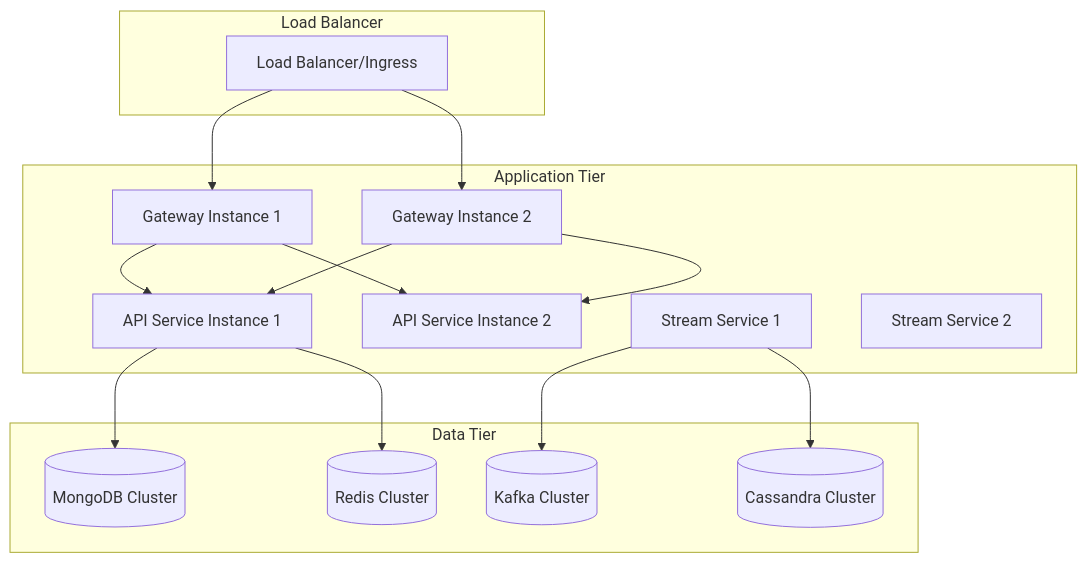
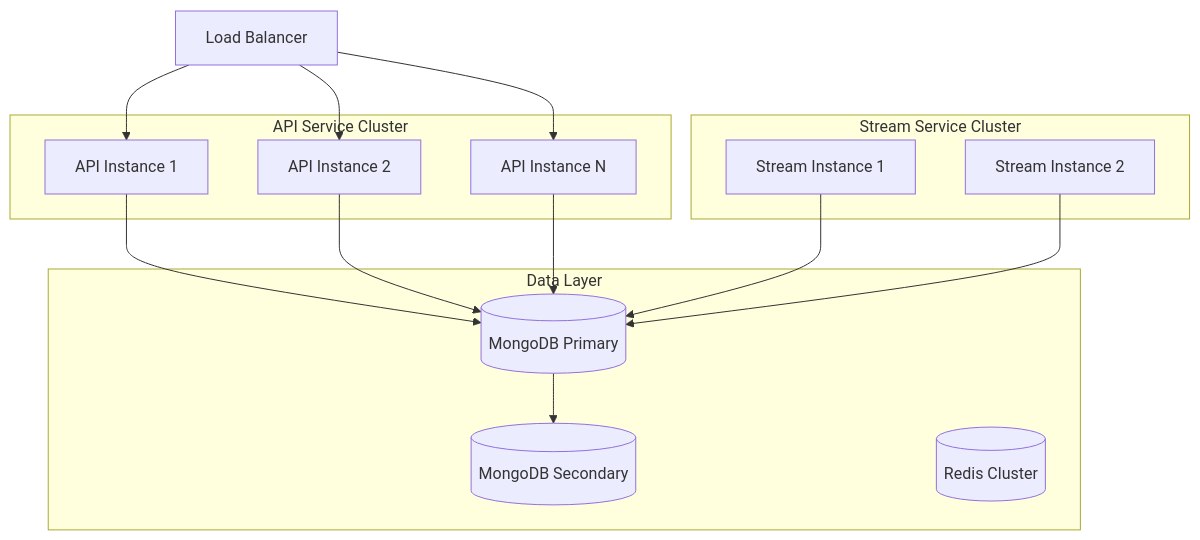
Before and after one commit to Praesto-Pro/openframe-oss-tenant: the fifth of 5 diagrams in docs/development/architecture/README.md, drawn with Mermaid. The commit also changed other lines of this file and 174 other files, not shown here.

````diff
--- a/docs/development/architecture/README.md
+++ b/docs/development/architecture/README.md
@@ -445,34 +402,34 @@
 ```mermaid
-graph TB
-    subgraph "Load Balancer"
-        LB[Load Balancer/Ingress]
+graph TD
+    LB[Load Balancer]
+    
+    subgraph "API Service Cluster"
+        API1[API Instance 1]
+        API2[API Instance 2]
+        API3[API Instance N]
     end
     
-    subgraph "Application Tier"
-        Gateway1[Gateway Instance 1]
-        Gateway2[Gateway Instance 2]
-        API1[API Service Instance 1]
-        API2[API Service Instance 2]
-        Stream1[Stream Service 1]
-        Stream2[Stream Service 2]
+    subgraph "Stream Service Cluster"
+        Stream1[Stream Instance 1]
+        Stream2[Stream Instance 2]
     end
     
-    subgraph "Data Tier"
-        MongoDB[(MongoDB Cluster)]
-        Redis[(Redis Cluster)]
-        Kafka[(Kafka Cluster)]
-        Cassandra[(Cassandra Cluster)]
+    subgraph "Data Layer"
+        MongoDB_Primary[(MongoDB Primary)]
+        MongoDB_Secondary[(MongoDB Secondary)]
+        Redis_Cluster[(Redis Cluster)]
     end
     
-    LB --> Gateway1
-    LB --> Gateway2
-    Gateway1 --> API1
-    Gateway1 --> API2
-    Gateway2 --> API1
-    Gateway2 --> API2
+    LB --> API1
+    LB --> API2
+    LB --> API3
     
-    API1 --> MongoDB
-    API1 --> Redis
-    Stream1 --> Kafka
-    Stream1 --> Cassandra
+    API1 --> MongoDB_Primary
+    API2 --> MongoDB_Primary
+    API3 --> MongoDB_Primary
+    
+    Stream1 --> MongoDB_Primary
+    Stream2 --> MongoDB_Primary
+    
+    MongoDB_Primary --> MongoDB_Secondary
 ```
````
